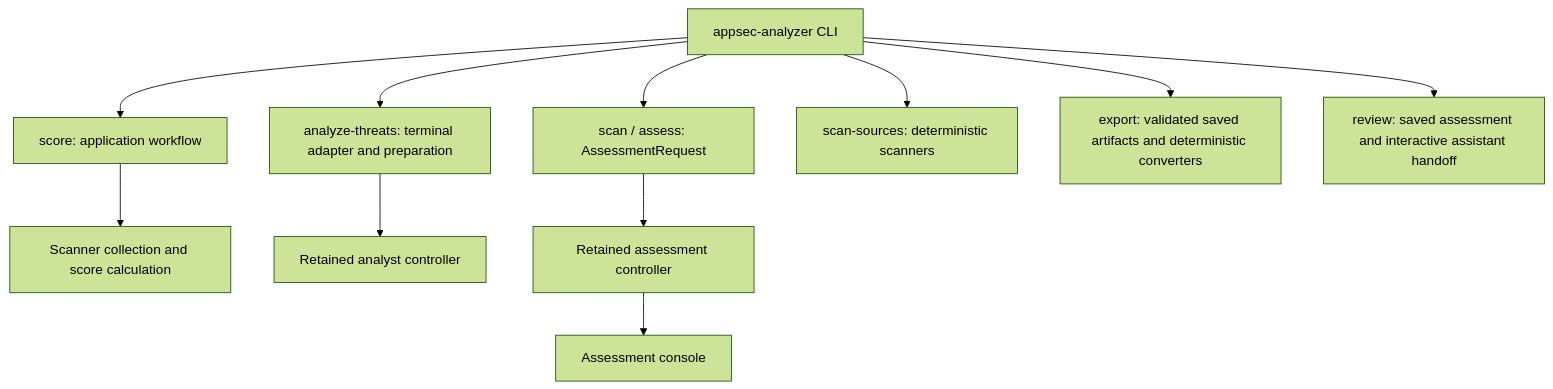
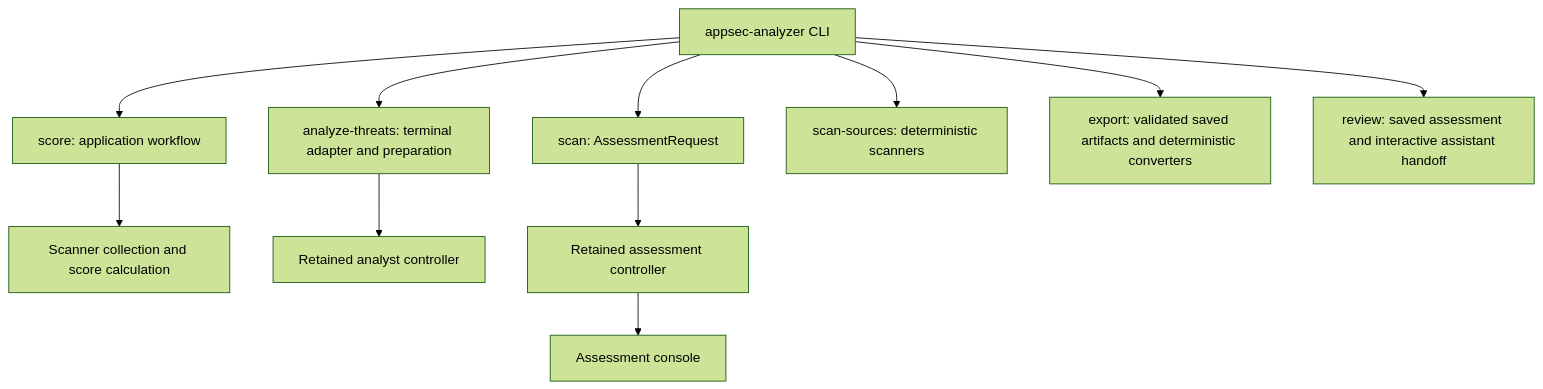
The diagram in ARCHITECTURE.md (appsec-foundry/appsec-analyzer), drawn with Mermaid (forest theme) before and after one commit. The commit also changed other lines of this file and 50 other files, not shown here.

First line of the commit message:
feat!: remove the assess command and require an explicit provider for unattended scan

````diff
--- a/ARCHITECTURE.md
+++ b/ARCHITECTURE.md
@@ -11,13 +11,13 @@
 ```mermaid
 flowchart TD
     CLI[appsec-analyzer CLI] --> Score[score: application workflow]
     CLI --> Analyst[analyze-threats: terminal adapter and preparation]
-    CLI --> Request[scan / assess: AssessmentRequest]
+    CLI --> Request[scan: AssessmentRequest]
     CLI --> Scanners[scan-sources: deterministic scanners]
     CLI --> Export[export: validated saved artifacts and deterministic converters]
     CLI --> Review[review: saved assessment and interactive assistant handoff]
     Score --> Collection[Scanner collection and score calculation]
     Analyst --> AnalystController[Retained analyst controller]
     Request --> AssessmentController[Retained assessment controller]
     AssessmentController --> Console[Assessment console]
 ```
````
